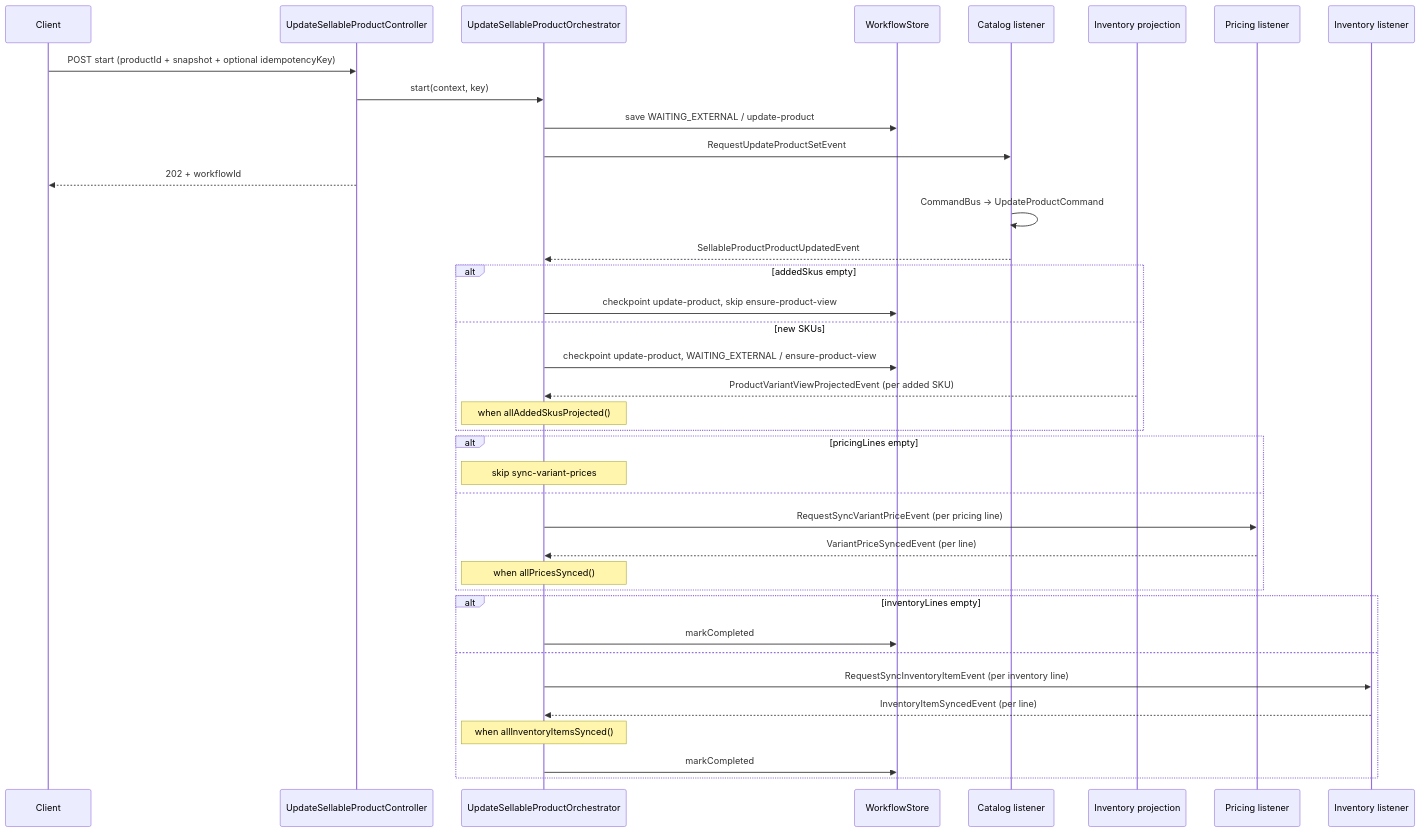
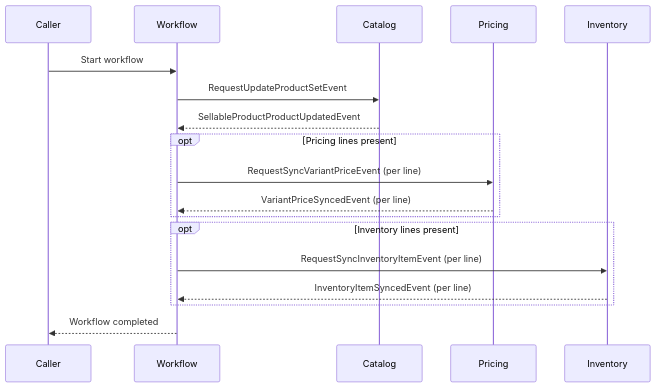
Before and after one commit to khinemyaezin/grab: the first of 2 diagrams in docs/workflows/update-sellable-product.md, drawn with Mermaid. The commit also changed other lines of this file and 43 other files, not shown here.

Commit message:
feat: enhance sellable product integration with variantId and partial application support

````diff
--- a/docs/workflows/update-sellable-product.md
+++ b/docs/workflows/update-sellable-product.md
@@ -102,44 +35,21 @@
 ```mermaid
 sequenceDiagram
-    participant Client
-    participant API as UpdateSellableProductController
-    participant O as UpdateSellableProductOrchestrator
-    participant WS as WorkflowStore
-    participant Cat as Catalog listener
-    participant InvProj as Inventory projection
-    participant Price as Pricing listener
-    participant Inv as Inventory listener
+    participant Caller
+    participant Workflow
+    participant Catalog
+    participant Pricing
+    participant Inventory
 
-    Client->>API: POST start (productId + snapshot + optional idempotencyKey)
-    API->>O: start(context, key)
-    O->>WS: save WAITING_EXTERNAL / update-product
-    O->>Cat: RequestUpdateProductSetEvent
-    API-->>Client: 202 + workflowId
-
-    Cat->>Cat: CommandBus -> UpdateProductCommand
-    Cat-->>O: SellableProductProductUpdatedEvent
-    alt addedSkus empty
-        O->>WS: checkpoint update-product, skip ensure-product-view
-    else new SKUs
-        O->>WS: checkpoint update-product, WAITING_EXTERNAL / ensure-product-view
-        InvProj-->>O: ProductVariantViewProjectedEvent (per added SKU)
-        Note over O: when allAddedSkusProjected()
+    Caller->>Workflow: Start workflow
+    Workflow->>Catalog: RequestUpdateProductSetEvent
+    Catalog-->>Workflow: SellableProductProductUpdatedEvent
+    opt Pricing lines present
+        Workflow->>Pricing: RequestSyncVariantPriceEvent (per line)
+        Pricing-->>Workflow: VariantPriceSyncedEvent (per line)
     end
-
-    alt pricingLines empty
-        Note over O: skip sync-variant-prices
-    else
-        O->>Price: RequestSyncVariantPriceEvent (per pricing line)
-        Price-->>O: VariantPriceSyncedEvent (per line)
-        Note over O: when allPricesSynced()
+    opt Inventory lines present
+        Workflow->>Inventory: RequestSyncInventoryItemEvent (per line)
+        Inventory-->>Workflow: InventoryItemSyncedEvent (per line)
     end
-
-    alt inventoryLines empty
-        O->>WS: markCompleted
-    else
-        O->>Inv: RequestSyncInventoryItemEvent (per inventory line)
-        Inv-->>O: InventoryItemSyncedEvent (per line)
-        Note over O: when allInventoryItemsSynced()
-        O->>WS: markCompleted
-    end
+    Workflow-->>Caller: Workflow completed
 ```
````
